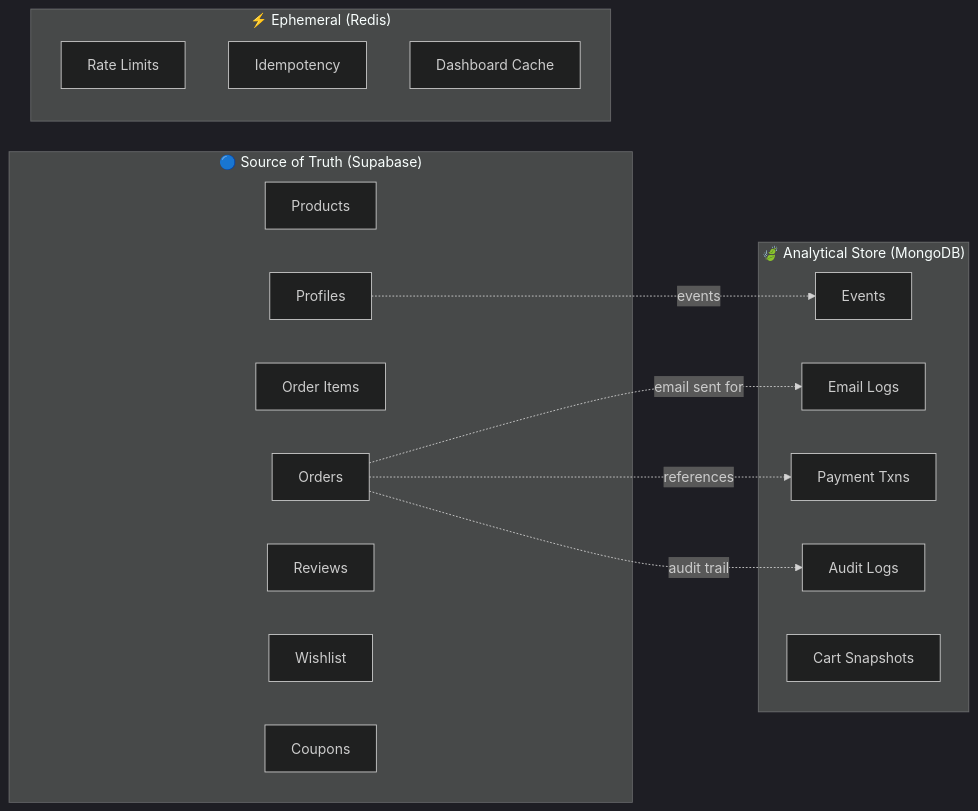
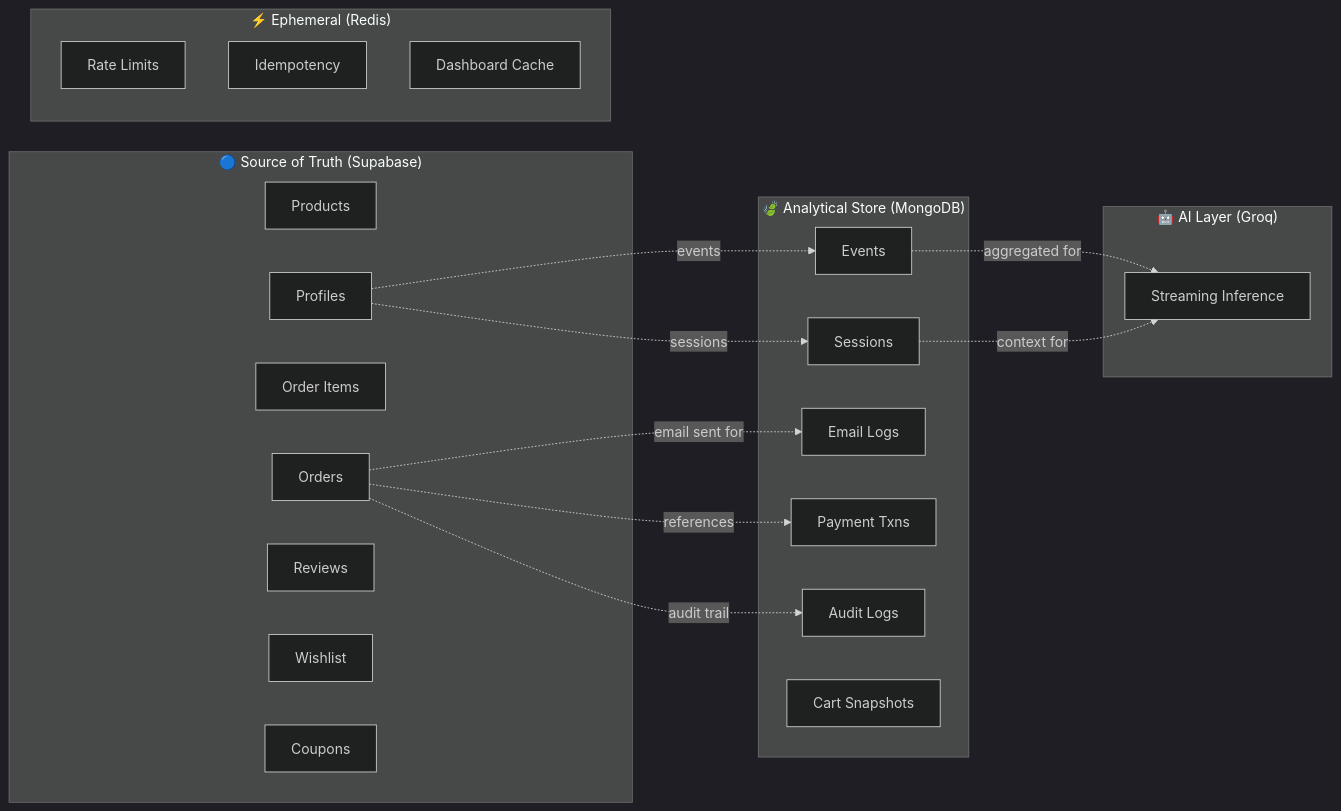
One commit to zainshah3464/vestior-store changed the first of 5 diagrams in docs/architecture.md. Above: the diagram before and after it, drawn with Mermaid (dark theme). The commit also changed other lines of this file and 13 other files, not shown here.

````diff
--- a/docs/architecture.md
+++ b/docs/architecture.md
@@ -215,31 +261,39 @@
 ```mermaid
 flowchart LR
     subgraph Truth["🔵 Source of Truth (Supabase)"]
         P[Products]
         O[Orders]
         OI[Order Items]
         PR[Profiles]
         RV[Reviews]
         WL[Wishlist]
         CP[Coupons]
     end
 
     subgraph Analytics["🍃 Analytical Store (MongoDB)"]
         EV[Events]
+        SS[Sessions]
         EL[Email Logs]
         PT[Payment Txns]
         AL[Audit Logs]
         CS[Cart Snapshots]
     end
 
     subgraph Cache["⚡ Ephemeral (Redis)"]
         RL[Rate Limits]
         ID[Idempotency]
         DC[Dashboard Cache]
     end
 
+    subgraph AI["🤖 AI Layer (Groq)"]
+        GR[Streaming Inference]
+    end
+
     O -.->|references| PT
     O -.->|audit trail| AL
     PR -.->|events| EV
+    PR -.->|sessions| SS
     O -.->|email sent for| EL
+    EV -.->|aggregated for| GR
+    SS -.->|context for| GR
 ```
````
